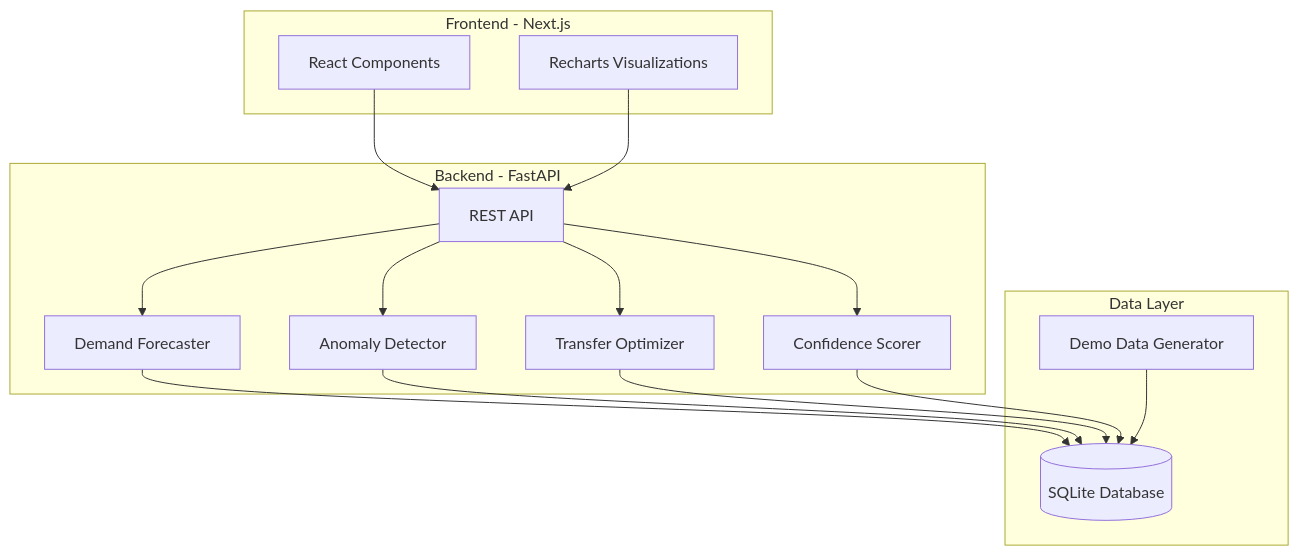
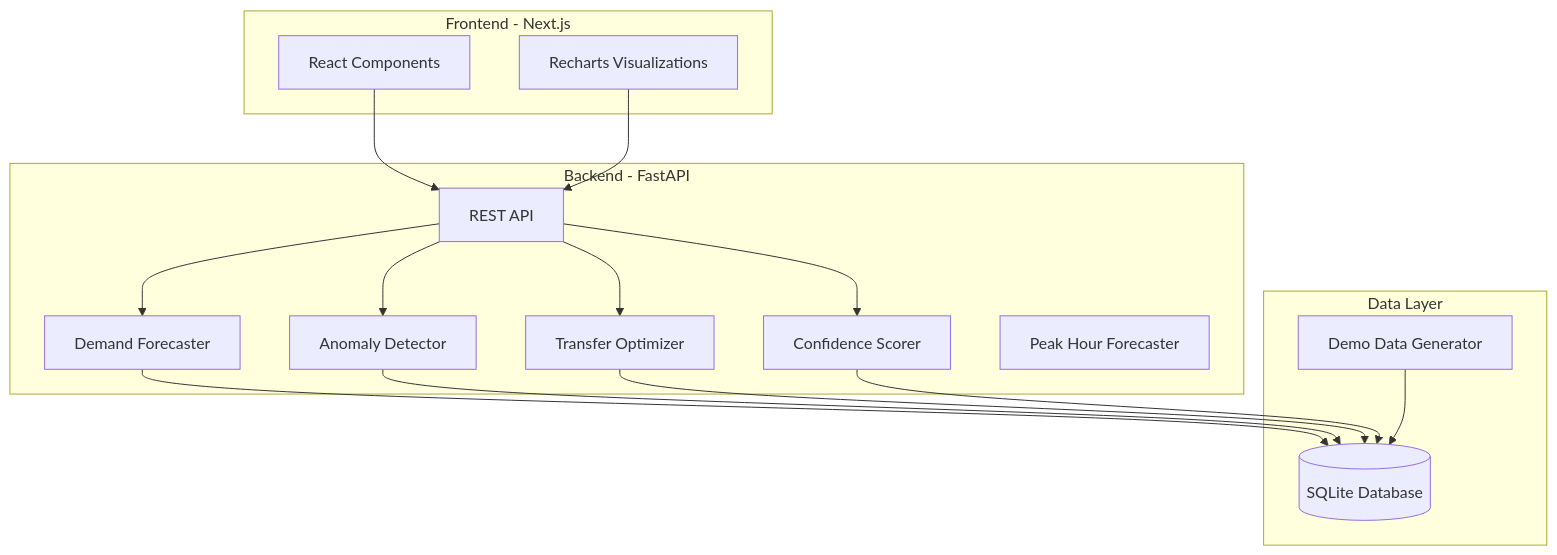
The diagram in README.md (jay6145/0ptimus), drawn with Mermaid before and after one commit. The commit also changed other lines of this file and 10 other files, not shown here.

````diff
--- a/README.md
+++ b/README.md
@@ -78,32 +86,33 @@
 ```mermaid
 graph TB
     subgraph "Frontend - Next.js"
         UI[React Components]
         CHARTS[Recharts Visualizations]
     end
     
     subgraph "Backend - FastAPI"
         API[REST API]
         FORECAST[Demand Forecaster]
         ANOMALY[Anomaly Detector]
         TRANSFER[Transfer Optimizer]
         CONFIDENCE[Confidence Scorer]
+        PEAKHOUR[Peak Hour Forecaster]
     end
     
     subgraph "Data Layer"
         DB[(SQLite Database)]
         SEED[Demo Data Generator]
     end
     
     UI --> API
     CHARTS --> API
     API --> FORECAST
     API --> ANOMALY
     API --> TRANSFER
     API --> CONFIDENCE
     FORECAST --> DB
     ANOMALY --> DB
     TRANSFER --> DB
     CONFIDENCE --> DB
     SEED --> DB
 ```
````
